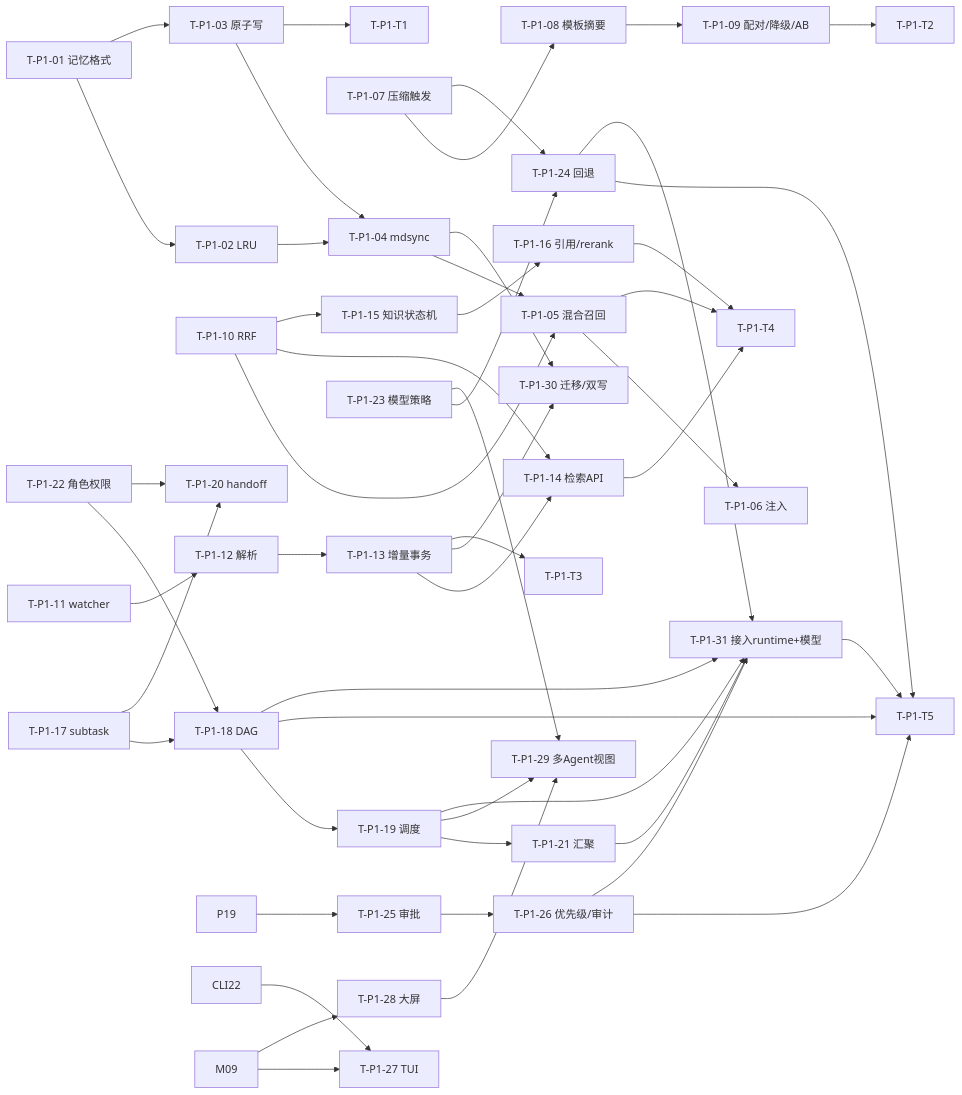
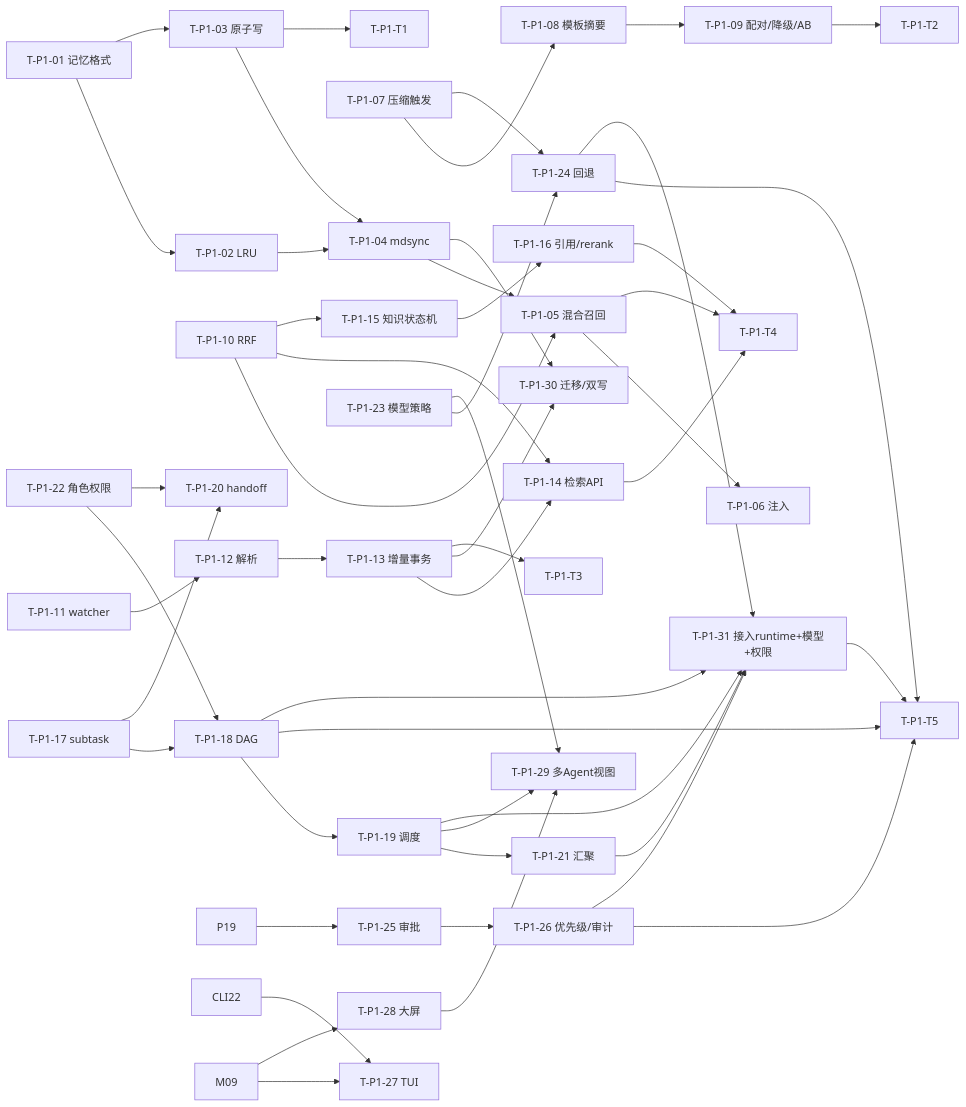
One commit to kestarsheng/harness-loop changed the second of 3 diagrams in .codeartsdoer/specs/harness-loop-platform/tasks.md. Above: the diagram before and after it, drawn with Mermaid. The commit also changed other lines of this file, not shown here.

````diff
--- a/.codeartsdoer/specs/harness-loop-platform/tasks.md
+++ b/.codeartsdoer/specs/harness-loop-platform/tasks.md
@@ -1106,51 +1106,51 @@
 ```mermaid
 flowchart LR
   M01[T-P1-01 记忆格式] --> M02[T-P1-02 LRU]
   M01 --> M03[T-P1-03 原子写]
   M02 --> M04[T-P1-04 mdsync]
   M03 --> M04
   M04 --> M05[T-P1-05 混合召回]
   M05 --> M06[T-P1-06 注入]
   R10[T-P1-10 RRF] --> M05
   C07[T-P1-07 压缩触发] --> C08[T-P1-08 模板摘要]
   C08 --> C09[T-P1-09 配对/降级/AB]
   I11[T-P1-11 watcher] --> I12[T-P1-12 解析]
   I12 --> I13[T-P1-13 增量事务]
   I13 --> I14[T-P1-14 检索API]
   R10 --> I14
   K15[T-P1-15 知识状态机] --> K16[T-P1-16 引用/rerank]
   R10 --> K15
   S17[T-P1-17 subtask] --> S18[T-P1-18 DAG]
   P22[T-P1-22 角色权限] --> S18
   S18 --> S19[T-P1-19 调度]
   S17 --> H20[T-P1-20 handoff]
   P22 --> H20
   S19 --> G21[T-P1-21 汇聚]
   MR23[T-P1-23 模型策略] --> MR24[T-P1-24 回退]
   C07 --> MR24
   POL25[T-P1-25 审批] --> POL26[T-P1-26 优先级/审计]
   P19 --> POL25
   CLI22 --> TUI27[T-P1-27 TUI]
   M09 --> TUI27
   M09 --> MON28[T-P1-28 大屏]
   MON28 --> MON29[T-P1-29 多Agent视图]
   S19 --> MON29
   MR23 --> MON29
   M04 --> DB30[T-P1-30 迁移/双写]
   I13 --> DB30
   M03 --> TT1[T-P1-T1]
   C09 --> TT2[T-P1-T2]
   I13 --> TT3[T-P1-T3]
   I14 --> TT4[T-P1-T4]
   K16 --> TT4
   M05 --> TT4
   S18 --> TT5[T-P1-T5]
   MR24 --> TT5
   POL26 --> TT5
-  S18 --> X31[T-P1-31 接入runtime+模型]
+  S18 --> X31[T-P1-31 接入runtime+模型+权限]
   S19 --> X31
   G21 --> X31
   MR24 --> X31
   POL26 --> X31
   X31 --> TT5
 ```
````
